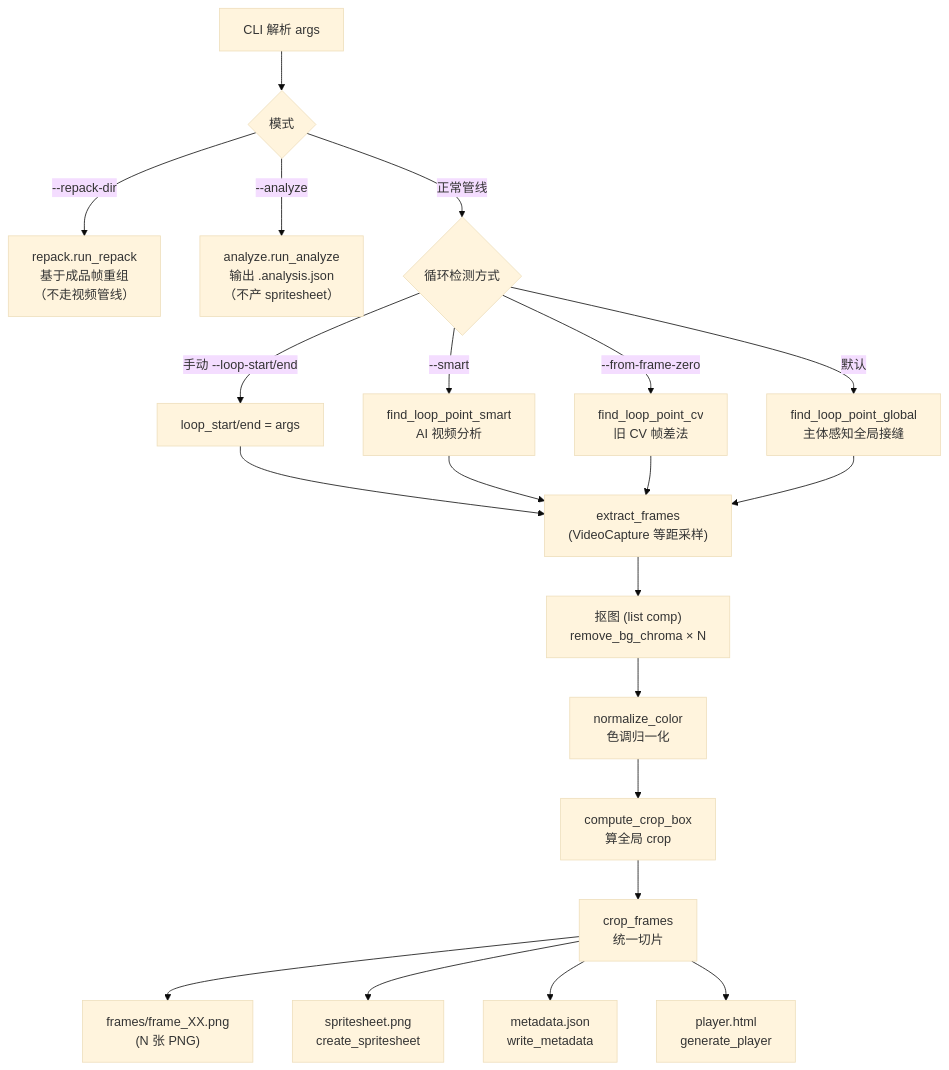
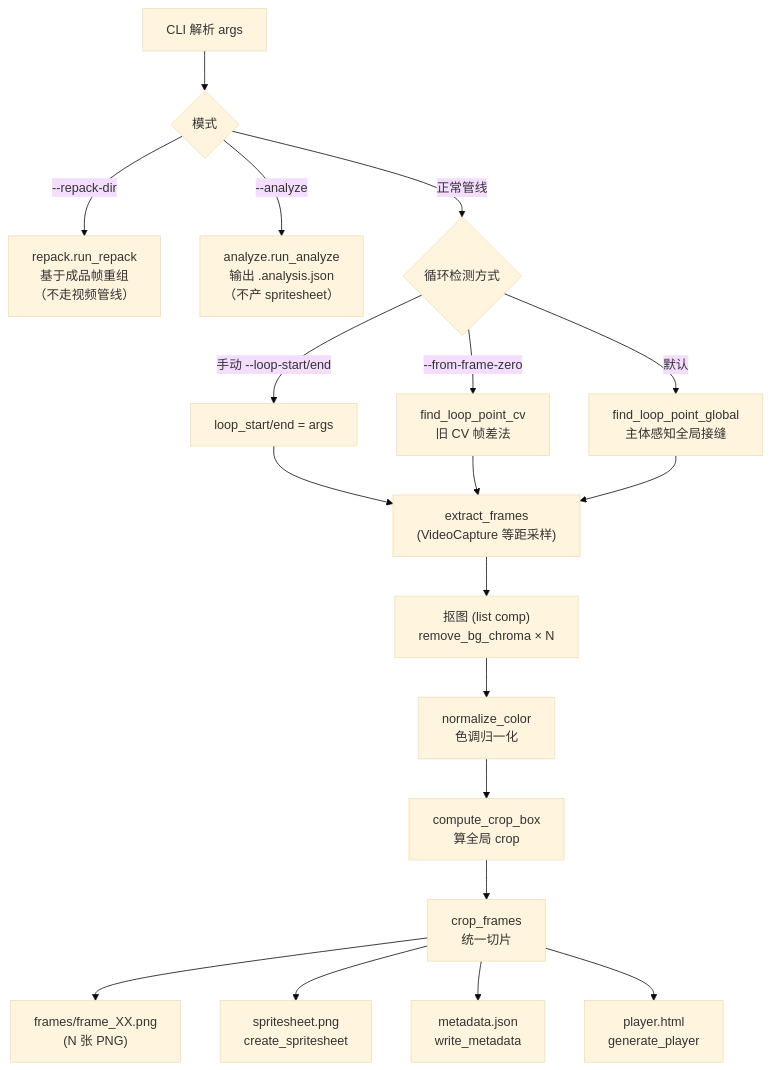
One commit to zrong/skills changed the fifth of 6 diagrams in spritesheet/references/pipeline.md. Above: the diagram before and after it, drawn with Mermaid (base theme). The commit also changed other lines of this file and 8 other files, not shown here.

````diff
--- a/spritesheet/references/pipeline.md
+++ b/spritesheet/references/pipeline.md
@@ -179,23 +179,21 @@
 ```mermaid
 flowchart TB
     A["CLI 解析 args"] --> M{"模式"}
     M -- "--repack-dir" --> RP["repack.run_repack<br/>基于成品帧重组<br/>（不走视频管线）"]
     M -- "--analyze" --> AN["analyze.run_analyze<br/>输出 .analysis.json<br/>（不产 spritesheet）"]
     M -- "正常管线" --> B{"循环检测方式"}
     B -- "手动 --loop-start/end" --> C0["loop_start/end = args"]
-    B -- "--smart" --> C1["find_loop_point_smart<br/>AI 视频分析"]
     B -- "--from-frame-zero" --> C2["find_loop_point_cv<br/>旧 CV 帧差法"]
     B -- "默认" --> C3["find_loop_point_global<br/>主体感知全局接缝"]
     C0 --> D
-    C1 --> D
     C2 --> D
     C3 --> D["extract_frames<br/>(VideoCapture 等距采样)"]
     D --> E["抠图 (list comp)<br/>remove_bg_chroma × N"]
     E --> F["normalize_color<br/>色调归一化"]
     F --> G["compute_crop_box<br/>算全局 crop"]
     G --> H["crop_frames<br/>统一切片"]
     H --> I1["frames/frame_XX.png<br/>(N 张 PNG)"]
     H --> I2["spritesheet.png<br/>create_spritesheet"]
     H --> I3["metadata.json<br/>write_metadata"]
     H --> I4["player.html<br/>generate_player"]
 ```
````
